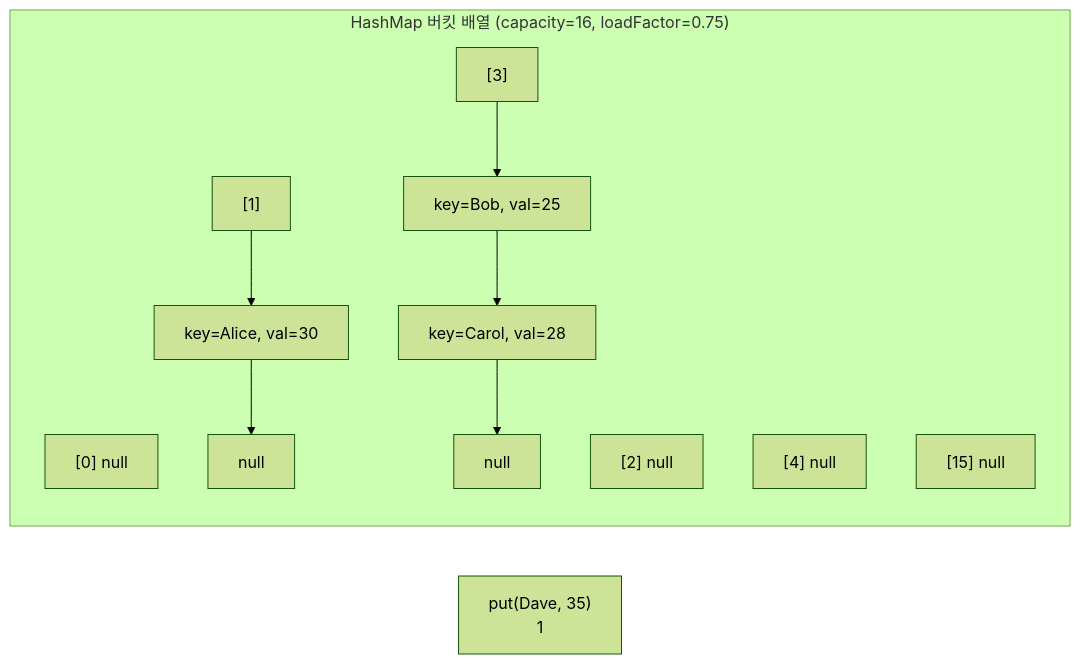
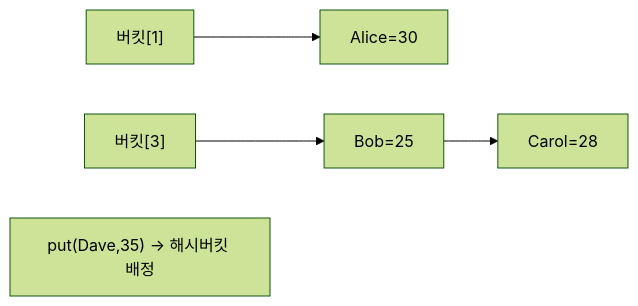
One commit to yjkim2015/yjkim2015.github.io changed diagram 11 of 21 in _posts/java/2026-05-01-java-collections.md. Above: the diagram before and after it, drawn with Mermaid (forest theme). The commit also changed other lines of this file and 155 other files, not shown here.

First line of the commit message:
Mermaid 전면 수정: subgraph 제거, participant/노드/줄수 축소 (342블록)

````diff
--- a/_posts/java/2026-05-01-java-collections.md
+++ b/_posts/java/2026-05-01-java-collections.md
@@ -451,12 +445,6 @@
 ```mermaid
 graph LR
-    subgraph "HashMap 버킷 배열 (capacity=16, loadFactor=0.75)"
-        B0["[0] null"]
-        B1["[1]"] --> N1["key=Alice, val=30"] --> NULL1["null"]
-        B2["[2] null"]
-        B3["[3]"] --> N3a["key=Bob, val=25"] --> N3b["key=Carol, val=28"] --> NULL3["null"]
-        B4["[4] null"]
-        B15["[15] null"]
-    end
-    PUT["put(Dave, 35)<br>1"]
+    B1["버킷[1]"] --> N1["Alice=30"]
+    B3["버킷[3]"] --> N3a["Bob=25"] --> N3b["Carol=28"]
+    PUT["put(Dave,35) → 해시버킷 배정"]
 ```
````
